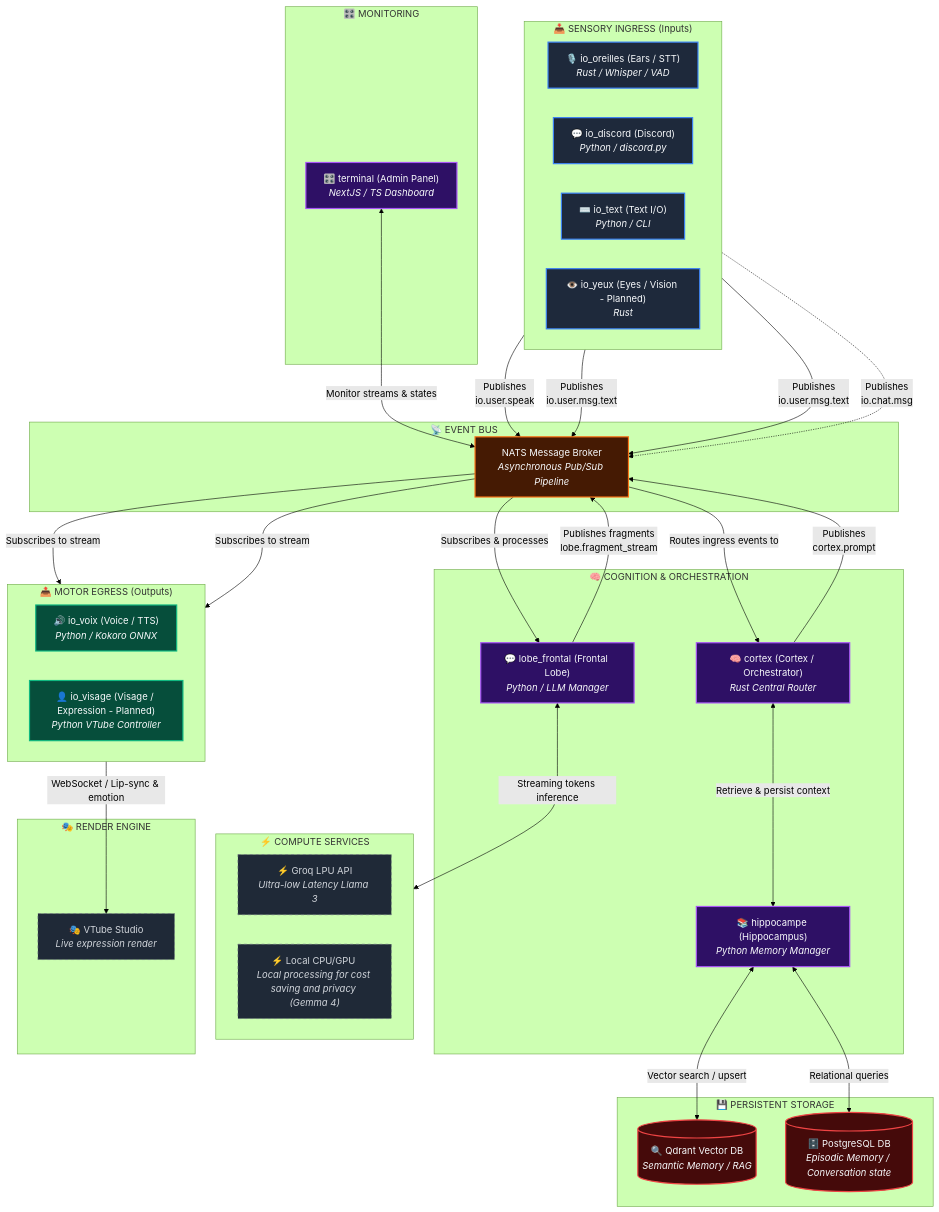
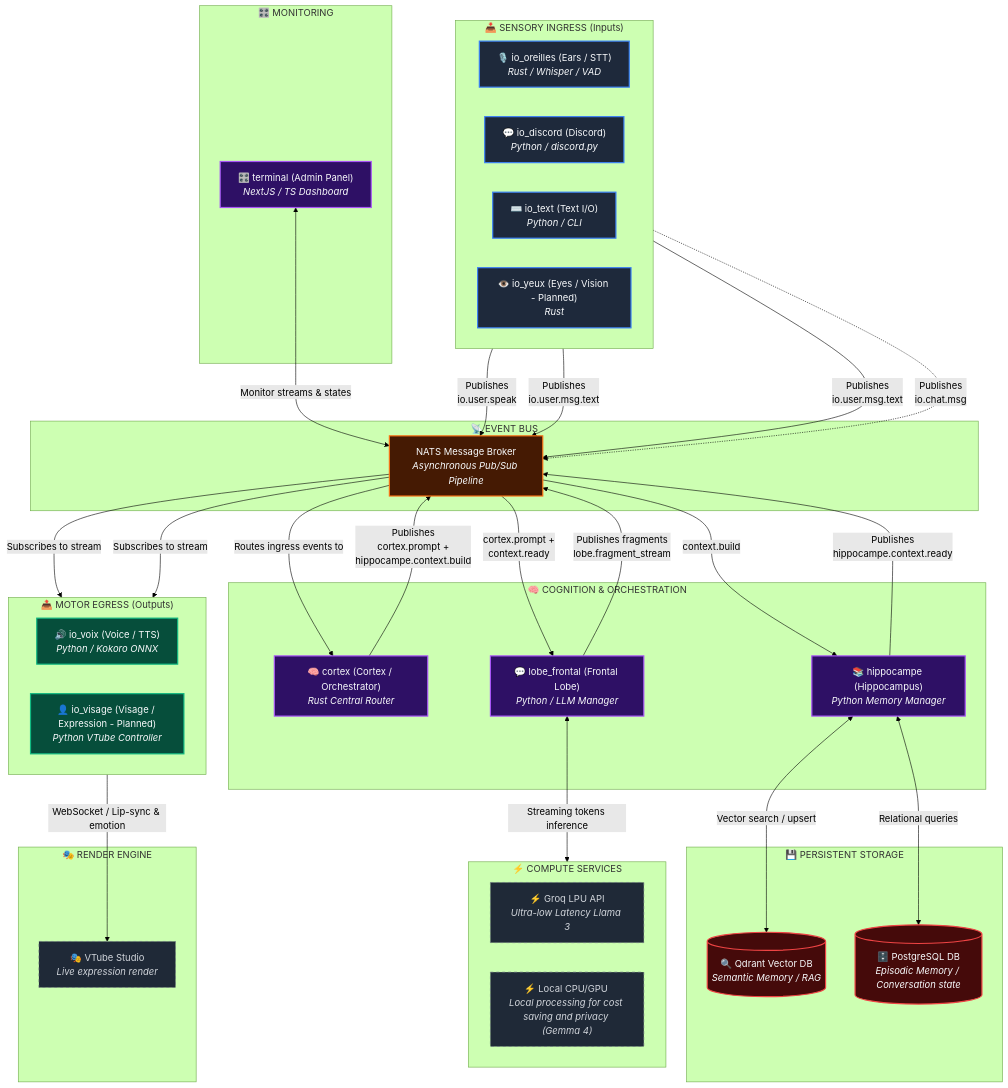
The diagram in README.md (MiloBonbaril/Aletheia-V3), drawn with Mermaid (forest theme) before and after one commit. The commit also changed 15 other files, not shown here.

````diff
--- a/README.md
+++ b/README.md
@@ -47,80 +47,81 @@
 ```mermaid
 flowchart TB
     %% Styling definitions
     classDef ingress fill:#1e293b,stroke:#3b82f6,stroke-width:2px,color:#f8fafc;
     classDef core fill:#2e1065,stroke:#a855f7,stroke-width:2px,color:#f8fafc;
     classDef egress fill:#064e3b,stroke:#10b981,stroke-width:2px,color:#f8fafc;
     classDef broker fill:#451a03,stroke:#f97316,stroke-width:2px,color:#f8fafc;
     classDef database fill:#450a0a,stroke:#ef4444,stroke-width:2px,color:#f8fafc;
     classDef external fill:#1f2937,stroke:#6b7280,stroke-width:1px,color:#d1d5db,stroke-dasharray: 5 5;
 
     subgraph Sensory_Ingress ["📥 SENSORY INGRESS (Inputs)"]
         direction LR
         oreilles["🎙️ io_oreilles (Ears / STT)<br/><i>Rust / Whisper / VAD</i>"]:::ingress
         discord["💬 io_discord (Discord)<br/><i>Python / discord.py</i>"]:::ingress
         text_io["⌨️ io_text (Text I/O)<br/><i>Python / CLI</i>"]:::ingress
         yeux["👁️ io_yeux (Eyes / Vision - Planned)<br/><i>Rust</i>"]:::ingress
     end
 
     subgraph Event_Broker ["📡 EVENT BUS"]
         nats["NATS Message Broker<br/><i>Asynchronous Pub/Sub Pipeline</i>"]:::broker
     end
 
     subgraph Cognition ["🧠 COGNITION & ORCHESTRATION"]
         cortex["🧠 cortex (Cortex / Orchestrator)<br/><i>Rust Central Router</i>"]:::core
         lobe["💬 lobe_frontal (Frontal Lobe)<br/><i>Python / LLM Manager</i>"]:::core
         hippocampe["📚 hippocampe (Hippocampus)<br/><i>Python Memory Manager</i>"]:::core
     end
 
     subgraph Storage ["💾 PERSISTENT STORAGE"]
         qdrant[("🔍 Qdrant Vector DB<br/><i>Semantic Memory / RAG</i>")]:::database
         postgres[("🗄️ PostgreSQL DB<br/><i>Episodic Memory / Conversation state</i>")]:::database
     end
 
     subgraph Compute_API ["⚡ COMPUTE SERVICES"]
         groq["⚡ Groq LPU API<br/><i>Ultra-low Latency Llama 3</i>"]:::external
         local["⚡ Local CPU/GPU <br/><i>Local processing for cost saving and privacy (Gemma 4)</i>"]:::external
     end
 
     subgraph Motor_Egress ["📤 MOTOR EGRESS (Outputs)"]
         direction LR
         voix["🔊 io_voix (Voice / TTS)<br/><i>Python / Kokoro ONNX</i>"]:::egress
         visage["👤 io_visage (Visage / Expression - Planned)<br/><i>Python VTube Controller</i>"]:::egress
     end
 
     subgraph External_Render ["🎭 RENDER ENGINE"]
         vtube["🎭 VTube Studio<br/><i>Live expression render</i>"]:::external
     end
 
     subgraph Monitoring ["🎛️ MONITORING"]
         terminal["🎛️ terminal (Admin Panel)<br/><i>NextJS / TS Dashboard</i>"]:::core
     end
 
     %% Event Bus Connections
     oreilles -->|Publishes<br/>io.user.speak| nats
     discord -->|Publishes<br/>io.user.msg.text| nats
     text_io -->|Publishes<br/>io.user.msg.text| nats
     yeux -.->|Publishes<br/>io.chat.msg| nats
 
     nats -->|Routes ingress events to| cortex
 
-    %% Cognitive Flows
-    cortex <-->|Retrieve & persist context| hippocampe
+    %% Cognitive Flows (Passive Memory Architecture)
+    cortex -->|Publishes<br/>cortex.prompt +<br/>hippocampe.context.build| nats
+    nats -->|context.build| hippocampe
     hippocampe <-->|Vector search / upsert| qdrant
     hippocampe <-->|Relational queries| postgres
+    hippocampe -->|Publishes<br/>hippocampe.context.ready| nats
 
-    cortex -->|Publishes<br/>cortex.prompt| nats
-    nats -->|Subscribes & processes| lobe
+    nats -->|cortex.prompt +<br/>context.ready| lobe
 
     lobe <-->|Streaming tokens inference| Compute_API
     lobe -->|Publishes fragments<br/>lobe.fragment_stream| nats
 
     %% Motor Egress Flows
     nats -->|Subscribes to stream| voix
     nats -->|Subscribes to stream| visage
 
     visage -->|WebSocket / Lip-sync & emotion| vtube
 
     %% Terminal Monitoring
     terminal <-->|Monitor streams & states| nats
 ```
````
